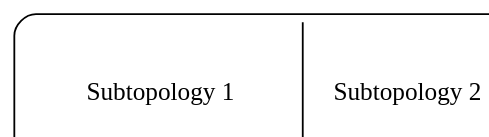
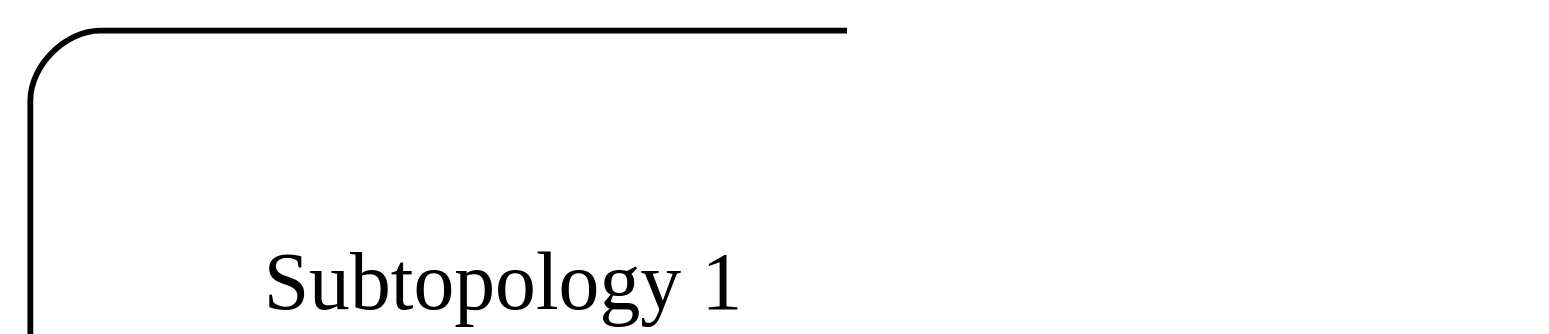
One commit to inponomarev/kstreams-testing-pitfalls changed diagram 23 of 33 in slides/src/main/asciidoc/lecture.adoc. Above: the diagram before and after it, drawn with Graphviz. The commit also changed other lines of this file, not shown here.

Commit message:
diagram size tweaks

```diff
--- a/slides/src/main/asciidoc/lecture.adoc
+++ b/slides/src/main/asciidoc/lecture.adoc
@@ -1050,13 +1050,13 @@
 [graphviz,"fused.png"]
 ----
 digraph G {
   rankdir="LR";
-  graph [dpi = 100]; 
+  graph [dpi = 180]; 
   node[shape="box"; style="rounded"];
   
   S1[label=<<table cellspacing="30" cellborder="0"  border="0">
                    <tr><td>Subtopology 1</td><vr/><td>Subtopology 2</td></tr>
             </table>>];
             
 }
 ----
```
